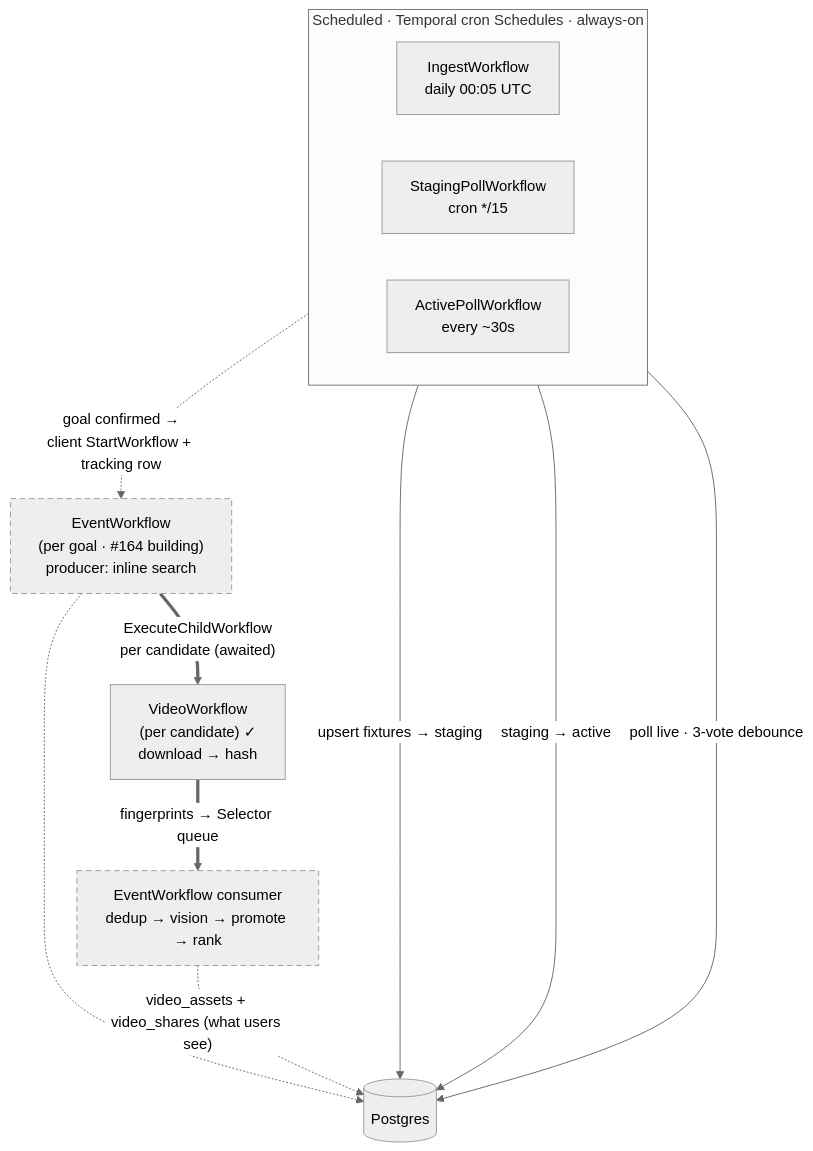
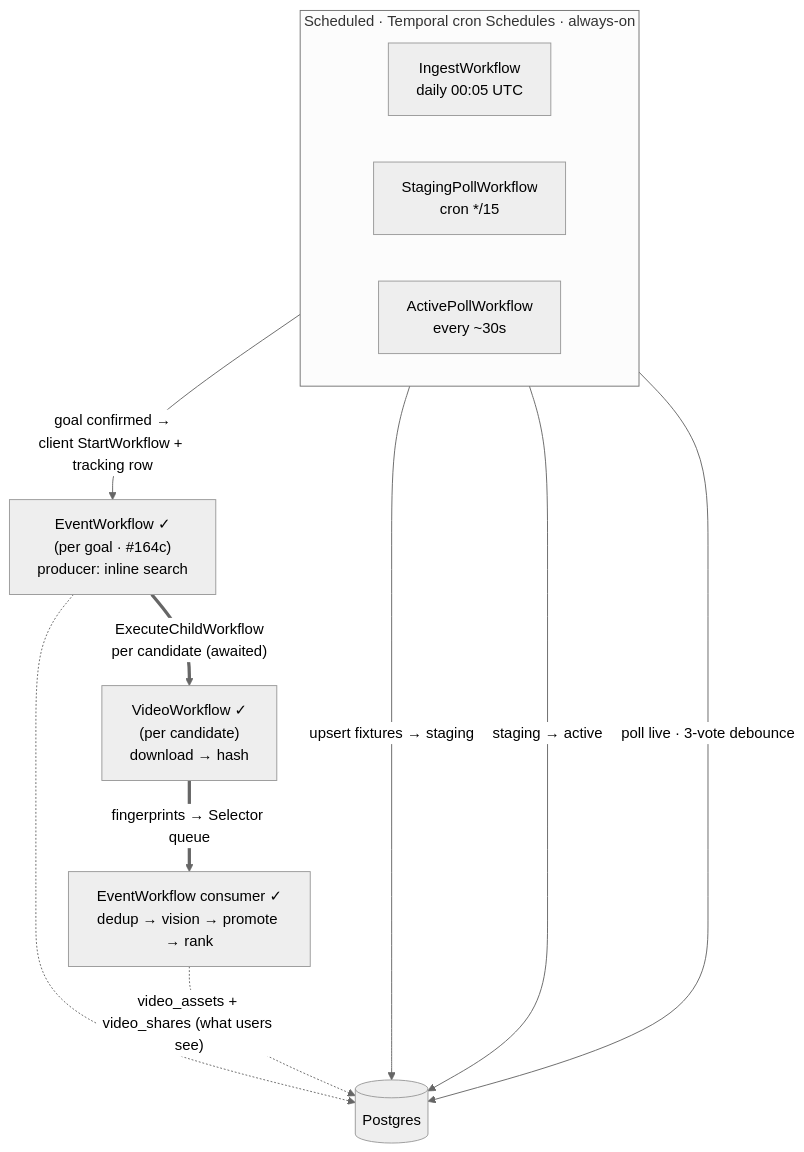
Before and after one commit to vedantadhobley/found-footy: the diagram in docs/orchestration.md, drawn with Mermaid (neutral theme). The commit also changed other lines of this file, not shown here.

````diff
--- a/docs/orchestration.md
+++ b/docs/orchestration.md
@@ -49,23 +56,20 @@
 ```mermaid
 flowchart TD
     subgraph S["Scheduled · Temporal cron Schedules · always-on"]
         direction LR
         Ingest["IngestWorkflow<br/>daily 00:05 UTC"]
         Staging["StagingPollWorkflow<br/>cron */15"]
         Active["ActivePollWorkflow<br/>every ~30s"]
     end
 
     Ingest -->|"upsert fixtures → staging"| PG[("Postgres")]
     Staging -->|"staging → active"| PG
     Active -->|"poll live · 3-vote debounce"| PG
 
-    Active -.->|"goal confirmed →<br/>client StartWorkflow + tracking row"| Disc["EventWorkflow<br/>(per goal · #164 building)<br/>producer: inline search"]
-    Disc ==>|"ExecuteChildWorkflow<br/>per candidate (awaited)"| Vid["VideoWorkflow<br/>(per candidate) ✓<br/>download → hash"]
-    Vid ==>|"fingerprints → Selector queue"| Q["EventWorkflow consumer<br/>dedup → vision → promote → rank"]
+    Active -->|"goal confirmed →<br/>client StartWorkflow + tracking row"| Disc["EventWorkflow ✓<br/>(per goal · #164c)<br/>producer: inline search"]
+    Disc ==>|"ExecuteChildWorkflow<br/>per candidate (awaited)"| Vid["VideoWorkflow ✓<br/>(per candidate)<br/>download → hash"]
+    Vid ==>|"fingerprints → Selector queue"| Q["EventWorkflow consumer ✓<br/>dedup → vision → promote → rank"]
 
     Disc -.-> PG
     Q -.->|"video_assets + video_shares (what users see)"| PG
-
-    classDef planned stroke-dasharray:6 4;
-    class Disc,Q planned;
 ```
````
